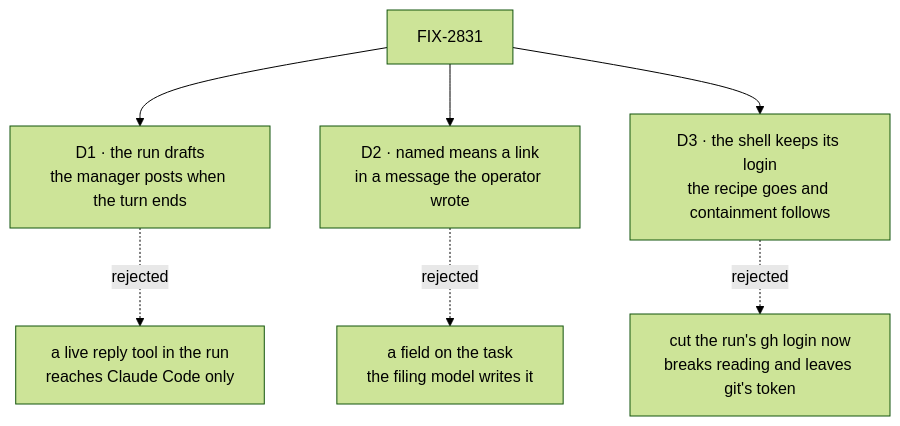
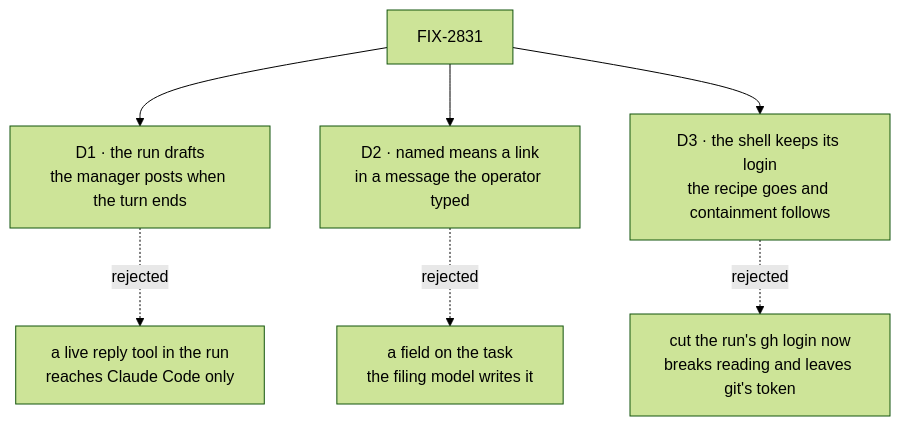
The diagram in specs/issues/FIX-2831/DECISIONS.md (fixpoint-labs/flow-state-dev), drawn with Mermaid (forest theme) before and after one commit. The commit also changed other lines of this file and 1 other file, not shown here.

First line of the commit message:
spec(FIX-2831): fold security review — typed-message links only, reply files read inside .fsdev/

````diff
--- a/specs/issues/FIX-2831/DECISIONS.md
+++ b/specs/issues/FIX-2831/DECISIONS.md
@@ -9,9 +9,9 @@
 ```mermaid
 flowchart TD
   I["FIX-2831"] --> D1["D1 · the run drafts<br/>the manager posts when the turn ends"]
   D1 -.->|"rejected"| X1["a live reply tool in the run<br/>reaches Claude Code only"]
-  I --> D2["D2 · named means a link<br/>in a message the operator wrote"]
+  I --> D2["D2 · named means a link<br/>in a message the operator typed"]
   D2 -.->|"rejected"| X2["a field on the task<br/>the filing model writes it"]
   I --> D3["D3 · the shell keeps its login<br/>the recipe goes and containment follows"]
   D3 -.->|"rejected"| X3["cut the run's gh login now<br/>breaks reading and leaves git's token"]
 ```
````
